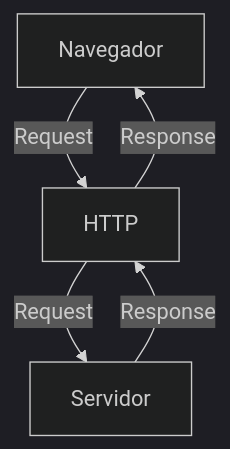
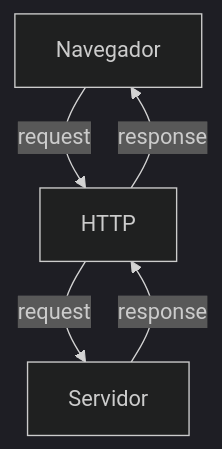
The first of 18 diagrams in README.md (FelipeScalfi/BackEnd), drawn with Mermaid (dark theme) before and after one commit. The commit also changed other lines of this file and 12 other files, not shown here.

````diff
--- a/README.md
+++ b/README.md
@@ -74,14 +81,14 @@
 ```mermaid
 
 graph TD
-
+    
     A[Navegador]
     B[HTTP]
     C[Servidor]
 
-    A --> |Request| B
-    B --> |Request| C
-    C --> |Response| B
-    B --> |Response| A
+    A --> |request| B
+    B --> |request| C
+    C --> |response| B
+    B --> |response| A
 
 ```
````
